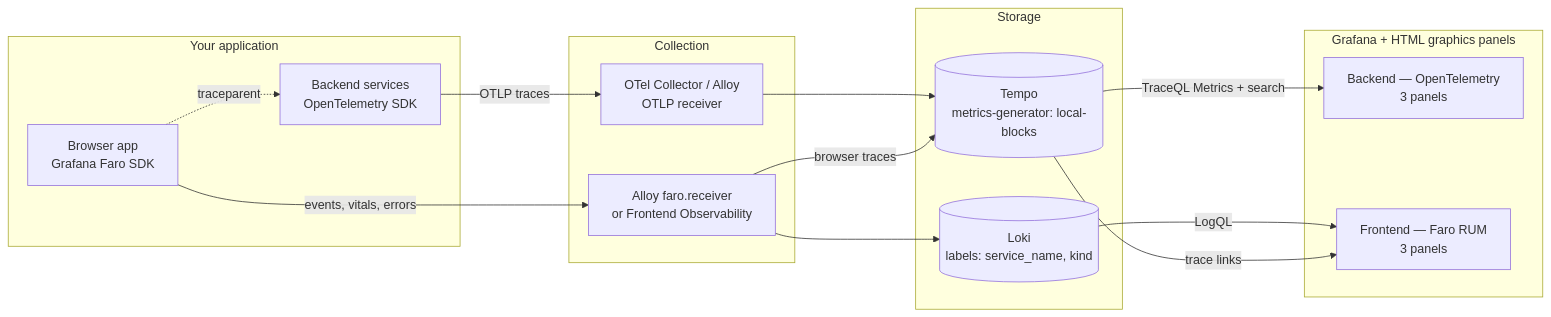
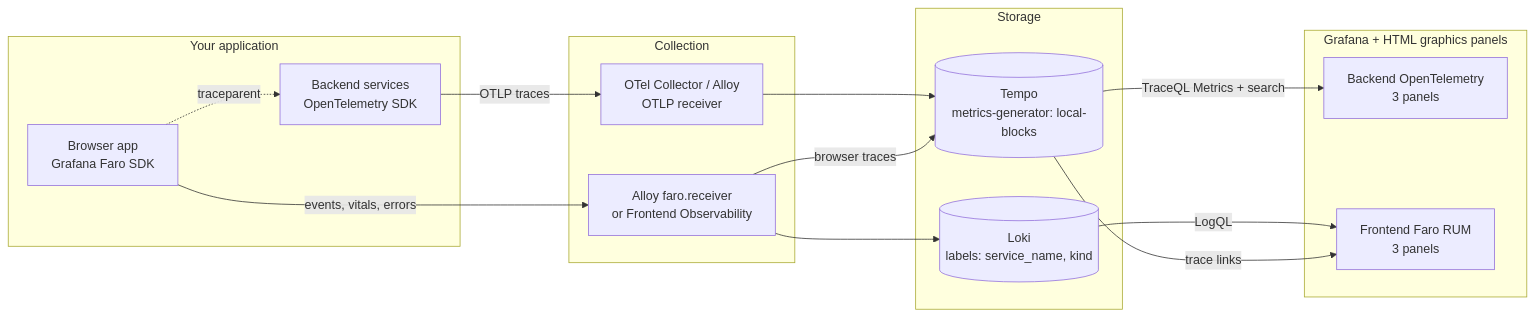
One commit to FGaleti/Grafana-Otel-Faro-Dashboards changed the first of 2 diagrams in README.md. Above: the diagram before and after it, drawn with Mermaid. The commit also changed other lines of this file, not shown here.

````diff
--- a/README.md
+++ b/README.md
@@ -18,26 +18,26 @@
 ```mermaid
 flowchart LR
   subgraph App["Your application"]
     SVC["Backend services<br/>OpenTelemetry SDK"]
     WEB["Browser app<br/>Grafana Faro SDK"]
   end
   subgraph Collect["Collection"]
     COL["OTel Collector / Alloy<br/>OTLP receiver"]
     FARO["Alloy faro.receiver<br/>or Frontend Observability"]
   end
   subgraph Store["Storage"]
     TEMPO[("Tempo<br/>metrics-generator: local-blocks")]
     LOKI[("Loki<br/>labels: service_name, kind")]
   end
   subgraph Grafana["Grafana + HTML graphics panels"]
-    BE["Backend — OpenTelemetry<br/>3 panels"]
-    FE["Frontend — Faro RUM<br/>3 panels"]
+    BE["Backend  OpenTelemetry<br/>3 panels"]
+    FE["Frontend  Faro RUM<br/>3 panels"]
   end
   SVC -- "OTLP traces" --> COL --> TEMPO
   WEB -- "events, vitals, errors" --> FARO --> LOKI
   FARO -- "browser traces" --> TEMPO
   WEB -. "traceparent" .-> SVC
   TEMPO -- "TraceQL Metrics + search" --> BE
   LOKI -- "LogQL" --> FE
   TEMPO -- "trace links" --> FE
 ```
````
